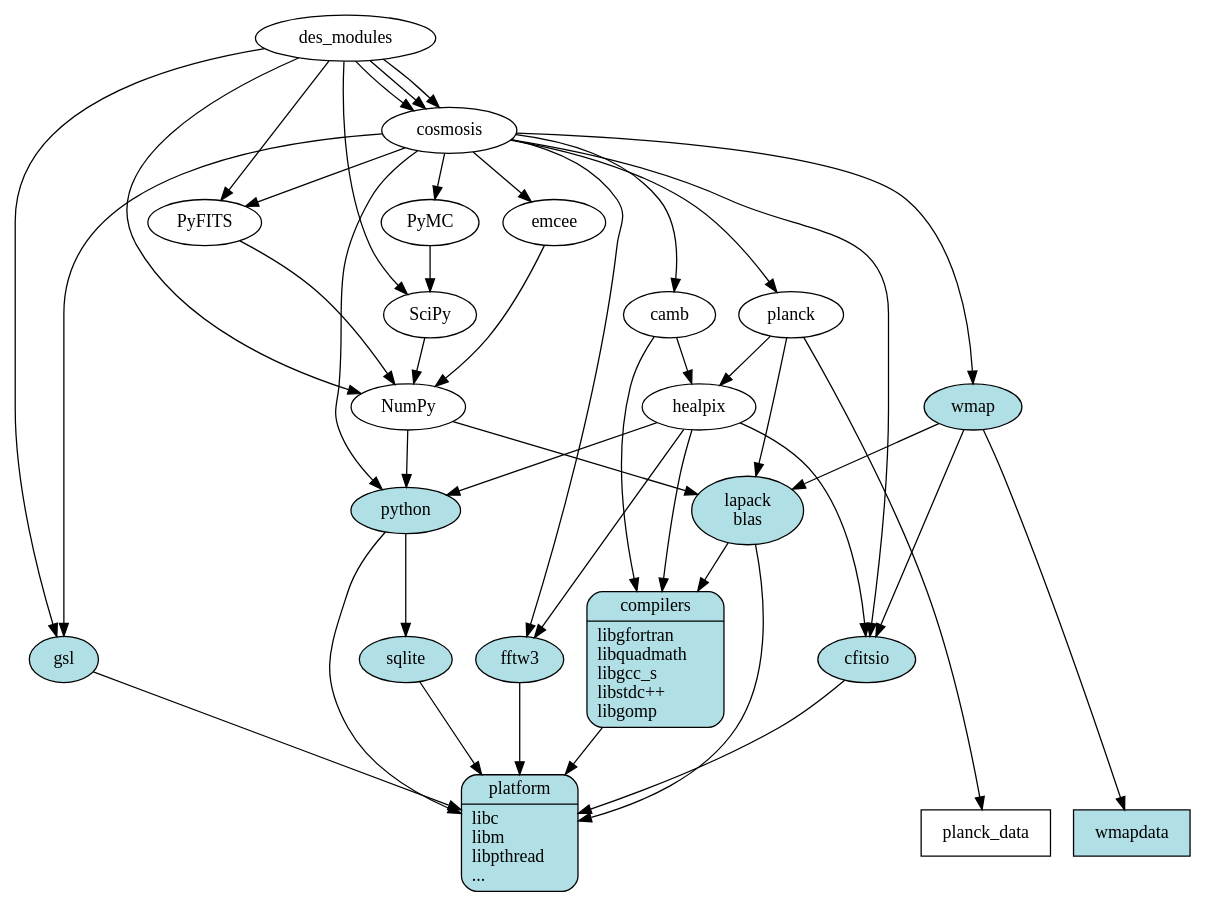
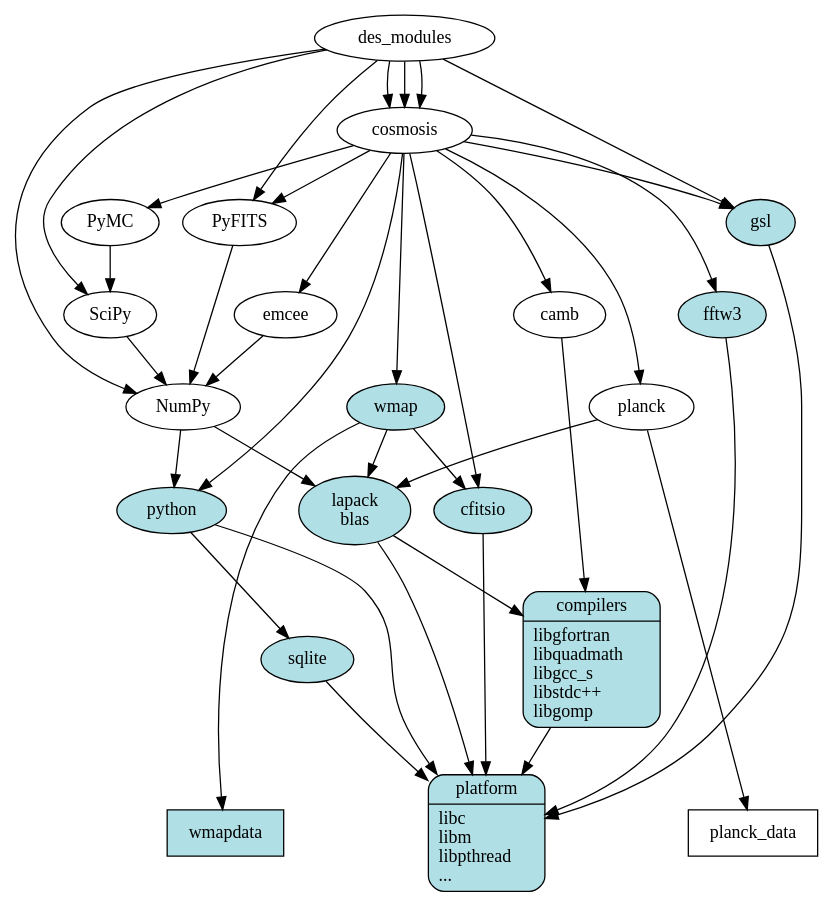
The diagram in doc/cosmosis_packages.dot (joezuntz/cosmosis), drawn with Graphviz before and after one commit.

Commit message:
Remove use of HEALpix

```diff
--- a/doc/cosmosis_packages.dot
+++ b/doc/cosmosis_packages.dot
@@ -1,96 +1,76 @@
 
 digraph depends
 {
 
   subgraph lowest
   {
     rank=same;
     platform         [shape=Mrecord, label="{platform | libc \llibm\llibpthread\l...\l}", style=filled, fillcolor=powderblue ]
     wmapdata [ label="wmapdata", shape=box, style=filled, fillcolor=powderblue ]
     planck_data [ label="planck_data", shape=box ]
   }
 
   compilers -> platform;
 
-  subgraph l1
-  {
-    label = "externals";
-    rank = same;
     compilers [shape=Mrecord, label="{compilers | libgfortran\llibquadmath\llibgcc_s\llibstdc++\llibgomp\l}", style=filled, fillcolor=powderblue ]
     sqlite  [ label="sqlite", style=filled, fillcolor=powderblue ];
     cfitsio [ label="cfitsio", style=filled, fillcolor=powderblue ];
     gsl     [ label="gsl", style=filled, fillcolor=powderblue ];
     fftw3   [ label="fftw3", style=filled, fillcolor=powderblue ];
-  }
+
   lapack  [ label="lapack\nblas\n", style=filled, fillcolor=powderblue ];
   lapack -> compilers;
 
   python  [ label="python", style=filled, fillcolor=powderblue ];
   wmap [ label="wmap", style=filled, fillcolor=powderblue ];
   camb [ label="camb" ];
-  healpix [ label="healpix" ];
-
-  healpix -> cfitsio;
-  healpix -> fftw3;
-  healpix -> compilers;
-  healpix -> python;
-  camb -> healpix;
-  planck -> healpix;
 
   wmap -> wmapdata;
   planck -> planck_data;
   wmap -> lapack;
   wmap -> cfitsio;
   planck -> lapack;
   camb -> compilers;
 
-  subgraph low
-  {
-    #rank = same;
-    SciPy -> NumPy -> python;
-    NumPy -> lapack;
-    PyFITS -> NumPy;
-    PyMC -> SciPy;
-    emcee -> NumPy;
-  }
+  SciPy -> NumPy -> python;
+  NumPy -> lapack;
+  PyFITS -> NumPy;
+  PyMC -> SciPy;
+  emcee -> NumPy;
 
-  subgraph middle
-  {
-    cosmosis;
-  }
+
+  cosmosis;
+
   cosmosis -> camb;
   cosmosis -> planck;
   cosmosis -> wmap;
   cosmosis -> PyMC;
   cosmosis -> emcee;
   cosmosis -> PyFITS;
   cosmosis -> gsl;
   cosmosis -> fftw3;
 
-  subgraph top
-  {
-    des_modules;
-  }
+  des_modules;
 
   des_modules -> cosmosis;
 
 
   cfitsio -> platform;
   gsl -> platform;
   fftw3 -> platform;
   lapack -> platform;
 
   des_modules -> cosmosis;
   des_modules -> gsl;
   des_modules -> PyFITS;
   des_modules -> cosmosis;
   des_modules -> SciPy;
   des_modules -> NumPy;
 
   cosmosis -> cfitsio;
   cosmosis -> python;
   python [ label="python" ];
   python -> platform;
   python -> sqlite;
   sqlite -> platform;
 }
```
